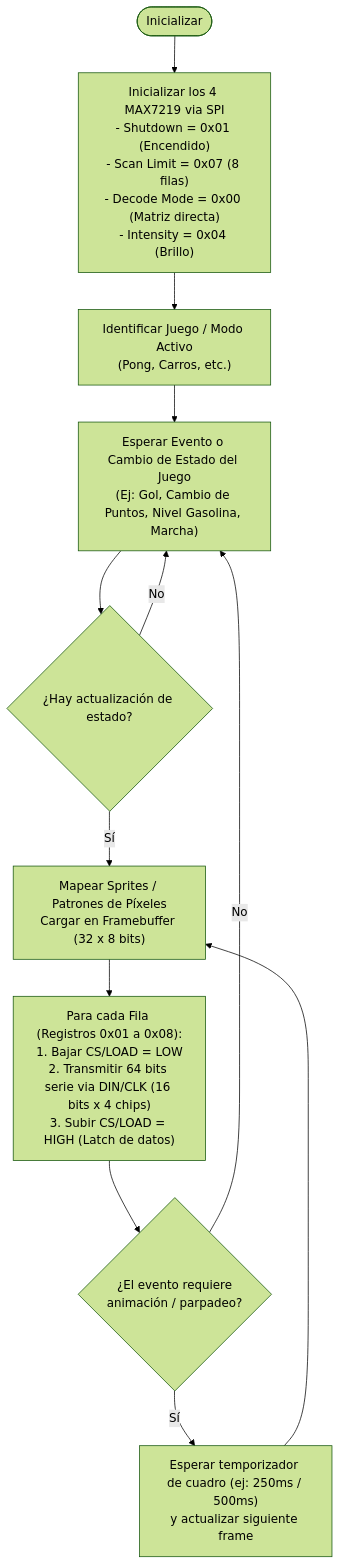
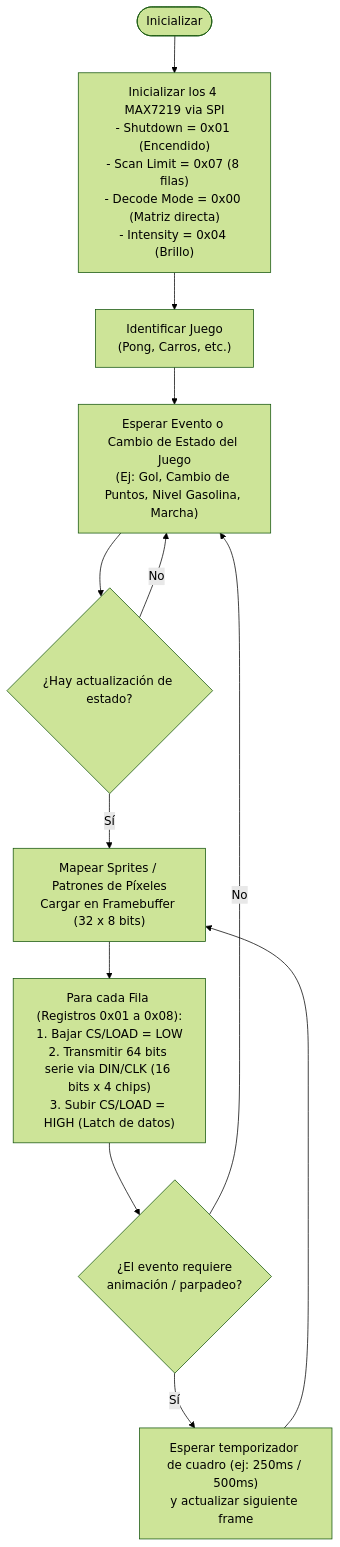
The second of 2 diagrams in README.md (KUBIX2026/MAX7219-), drawn with Mermaid (forest theme) before and after one commit.

Commit message:
Update game identification step in README

````diff
--- a/README.md
+++ b/README.md
@@ -169,23 +169,23 @@
 ```mermaid
 graph TD
     A([Inicializar]) --> B["Inicializar los 4 MAX7219 via SPI<br>- Shutdown = 0x01 (Encendido)<br>- Scan Limit = 0x07 (8 filas)<br>- Decode Mode = 0x00 (Matriz directa)<br>- Intensity = 0x04 (Brillo)"]
     
-    B --> C["Identificar Juego / Modo Activo<br>(Pong, Carros, etc.)"]
+    B --> C["Identificar Juego<br>(Pong, Carros, etc.)"]
     
     C --> D["Esperar Evento o Cambio de Estado del Juego<br>(Ej: Gol, Cambio de Puntos, Nivel Gasolina, Marcha)"]
     
     D --> E{"¿Hay actualización de estado?"}
     
     E -- No --> D
     
     E -- Sí --> F["Mapear Sprites / Patrones de Píxeles<br>Cargar en Framebuffer (32 x 8 bits)"]
     
     F --> G["Para cada Fila (Registros 0x01 a 0x08):<br>1. Bajar CS/LOAD = LOW<br>2. Transmitir 64 bits serie via DIN/CLK (16 bits x 4 chips)<br>3. Subir CS/LOAD = HIGH (Latch de datos)"]
     
     G --> H{"¿El evento requiere <br> animación / parpadeo?"}
     
     H -- Sí --> I["Esperar temporizador de cuadro (ej: 250ms / 500ms)<br>y actualizar siguiente frame"]
     I --> F
     
     H -- No --> D
 ```
````
